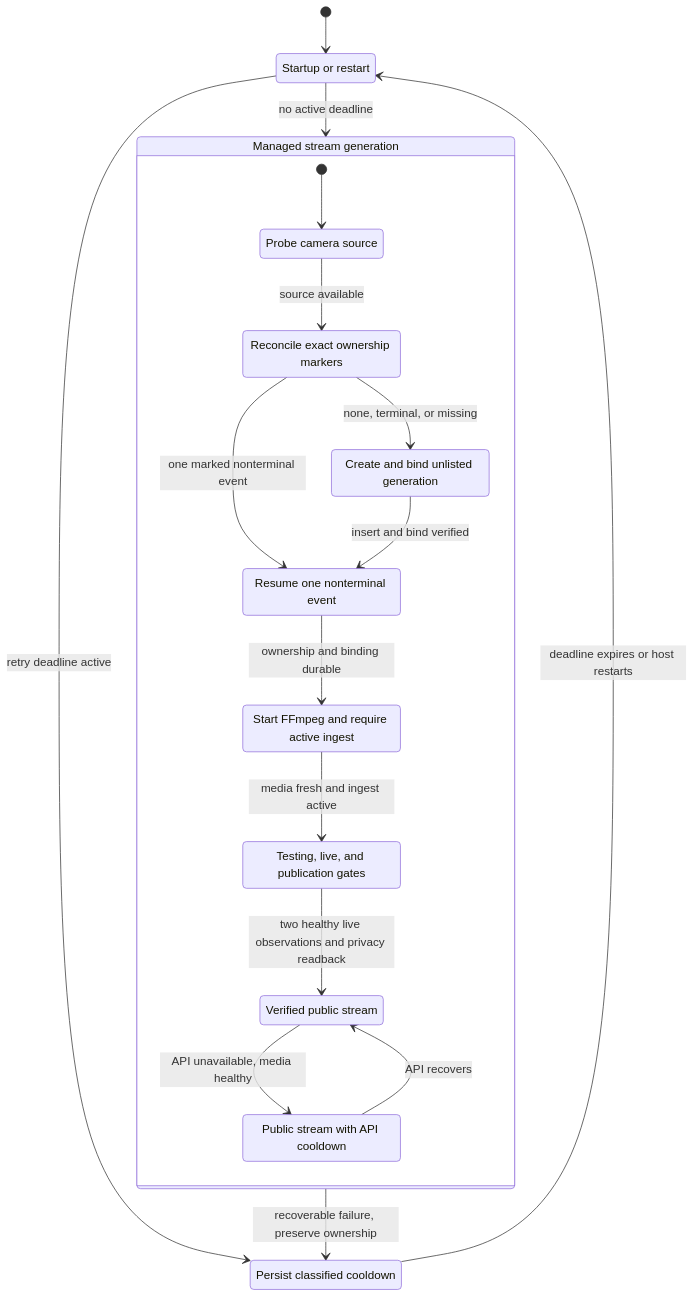
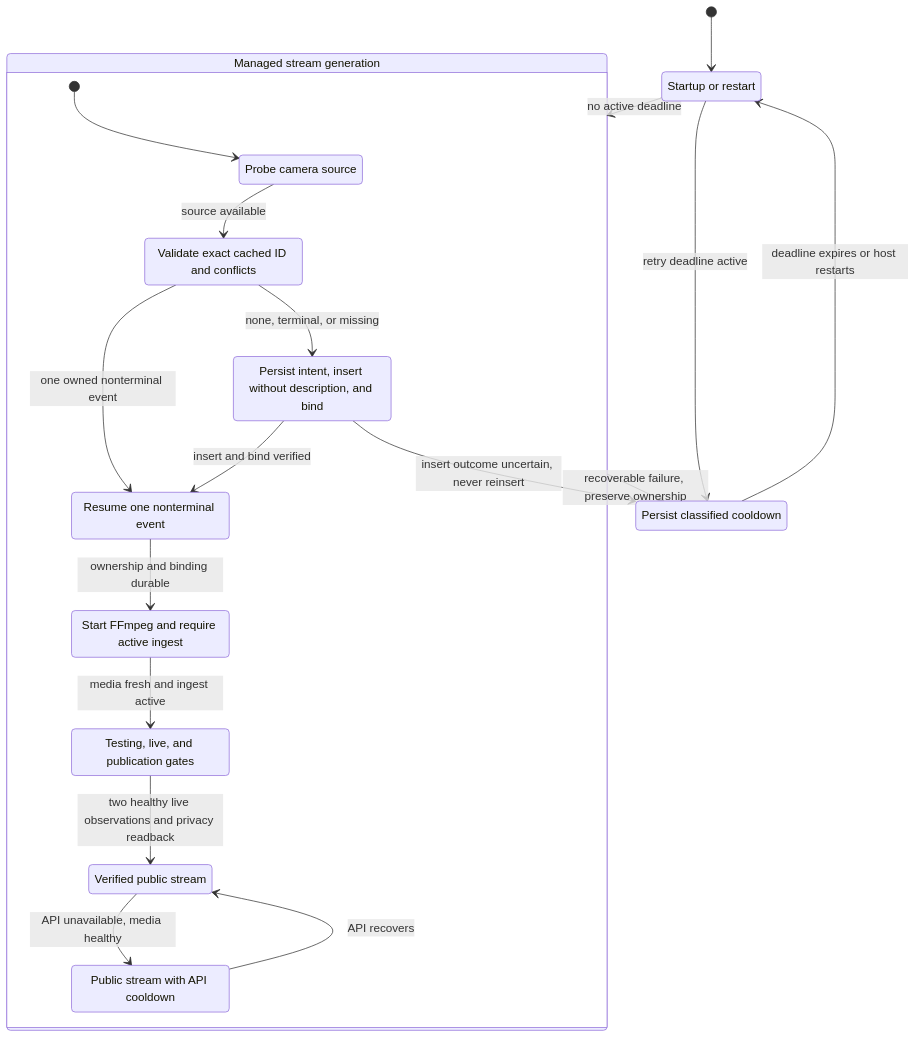
Before and after one commit to sumitake/YouTube-AutoEncoder: the second of 3 diagrams in docs/architecture-and-flows.md, drawn with Mermaid. The commit also changed other lines of this file and 6 other files, not shown here.

````diff
--- a/docs/architecture-and-flows.md
+++ b/docs/architecture-and-flows.md
@@ -72,32 +72,33 @@
 ```mermaid
 stateDiagram-v2
     state "Startup or restart" as RecoveryStartup
     state "Managed stream generation" as RecoveryGeneration {
         state "Probe camera source" as RecoveryProbe
-        state "Reconcile exact ownership markers" as RecoveryReconcile
-        state "Create and bind unlisted generation" as RecoveryCreate
+        state "Validate exact cached ID and conflicts" as RecoveryReconcile
+        state "Persist intent, insert without description, and bind" as RecoveryCreate
         state "Resume one nonterminal event" as RecoveryManaged
         state "Start FFmpeg and require active ingest" as RecoveryMedia
         state "Testing, live, and publication gates" as RecoveryGates
         state "Verified public stream" as RecoveryStable
         state "Public stream with API cooldown" as RecoveryPublicFallback
 
         [*] --> RecoveryProbe
         RecoveryProbe --> RecoveryReconcile : source available
-        RecoveryReconcile --> RecoveryManaged : one marked nonterminal event
+        RecoveryReconcile --> RecoveryManaged : one owned nonterminal event
         RecoveryReconcile --> RecoveryCreate : none, terminal, or missing
         RecoveryCreate --> RecoveryManaged : insert and bind verified
         RecoveryManaged --> RecoveryMedia : ownership and binding durable
         RecoveryMedia --> RecoveryGates : media fresh and ingest active
         RecoveryGates --> RecoveryStable : two healthy live observations and privacy readback
         RecoveryStable --> RecoveryPublicFallback : API unavailable, media healthy
         RecoveryPublicFallback --> RecoveryStable : API recovers
     }
     state "Persist classified cooldown" as RecoveryBackoff
 
     [*] --> RecoveryStartup
     RecoveryStartup --> RecoveryBackoff : retry deadline active
     RecoveryBackoff --> RecoveryStartup : deadline expires or host restarts
     RecoveryStartup --> RecoveryGeneration : no active deadline
     RecoveryGeneration --> RecoveryBackoff : recoverable failure, preserve ownership
+    RecoveryCreate --> RecoveryBackoff : insert outcome uncertain, never reinsert
 ```
````
